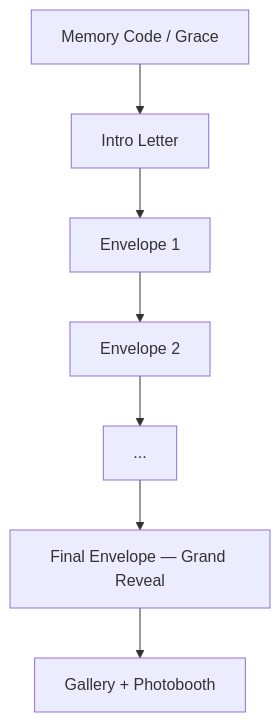
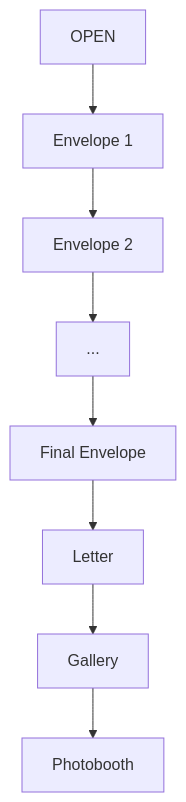
One commit to vinoslwly/celebrate-florist changed the fifth of 5 diagrams in docs/08_EXPERIENCE_MODES.md. Above: the diagram before and after it, drawn with Mermaid. The commit also changed other lines of this file and 118 other files, not shown here.

````diff
--- a/docs/08_EXPERIENCE_MODES.md
+++ b/docs/08_EXPERIENCE_MODES.md
@@ -322,9 +334,10 @@
 ```mermaid
 flowchart TD
-    A[Memory Code / Grace] --> B[Intro Letter]
-    B --> C[Envelope 1]
-    C --> D[Envelope 2]
-    D --> E[...]
-    E --> F[Final Envelope — Grand Reveal]
-    F --> G[Gallery + Photobooth]
+    A[OPEN] --> B[Envelope 1]
+    B --> C[Envelope 2]
+    C --> D[...]
+    D --> E[Final Envelope]
+    E --> F[Letter]
+    F --> G[Gallery]
+    G --> H[Photobooth]
 ```
````
